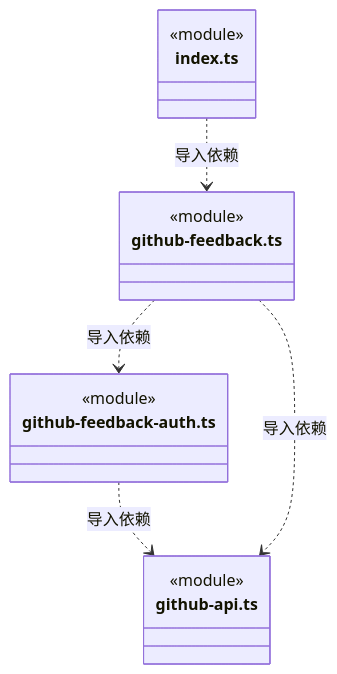
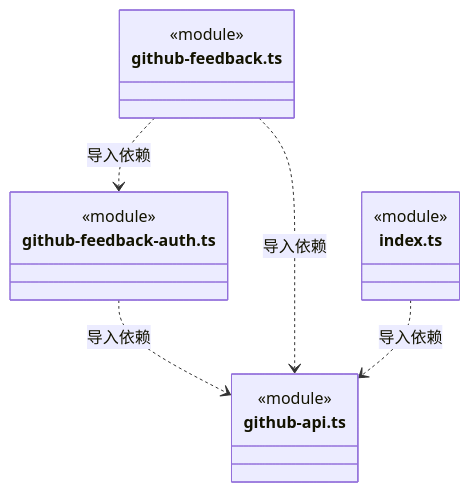
The eighth of 9 diagrams in src/logic/feedback/service/ARCHITECTURE.md (nan023062/cbim), drawn with Mermaid before and after one commit. The commit also changed other lines of this file and 112 other files, not shown here.

Commit message:
docs: align source architecture with current declarations and contracts

````diff
--- a/src/logic/feedback/service/ARCHITECTURE.md
+++ b/src/logic/feedback/service/ARCHITECTURE.md
@@ -271,19 +271,19 @@
 ```mermaid
 classDiagram
 class N_src_logic_feedback_service_github_feedback_auth_ts["github-feedback-auth.ts"] {
   <<module>>
 }
 class N_src_logic_feedback_service_github_api_ts["github-api.ts"] {
   <<module>>
 }
 class N_src_logic_feedback_service_github_feedback_ts["github-feedback.ts"] {
   <<module>>
 }
 class N_src_logic_feedback_service_index_ts["index.ts"] {
   <<module>>
 }
 N_src_logic_feedback_service_github_feedback_auth_ts ..> N_src_logic_feedback_service_github_api_ts : 导入依赖
+N_src_logic_feedback_service_github_feedback_ts ..> N_src_logic_feedback_service_github_api_ts : 导入依赖
 N_src_logic_feedback_service_github_feedback_ts ..> N_src_logic_feedback_service_github_feedback_auth_ts : 导入依赖
-N_src_logic_feedback_service_github_feedback_ts ..> N_src_logic_feedback_service_github_api_ts : 导入依赖
-N_src_logic_feedback_service_index_ts ..> N_src_logic_feedback_service_github_feedback_ts : 导入依赖
+N_src_logic_feedback_service_index_ts ..> N_src_logic_feedback_service_github_api_ts : 导入依赖
 ```
````
